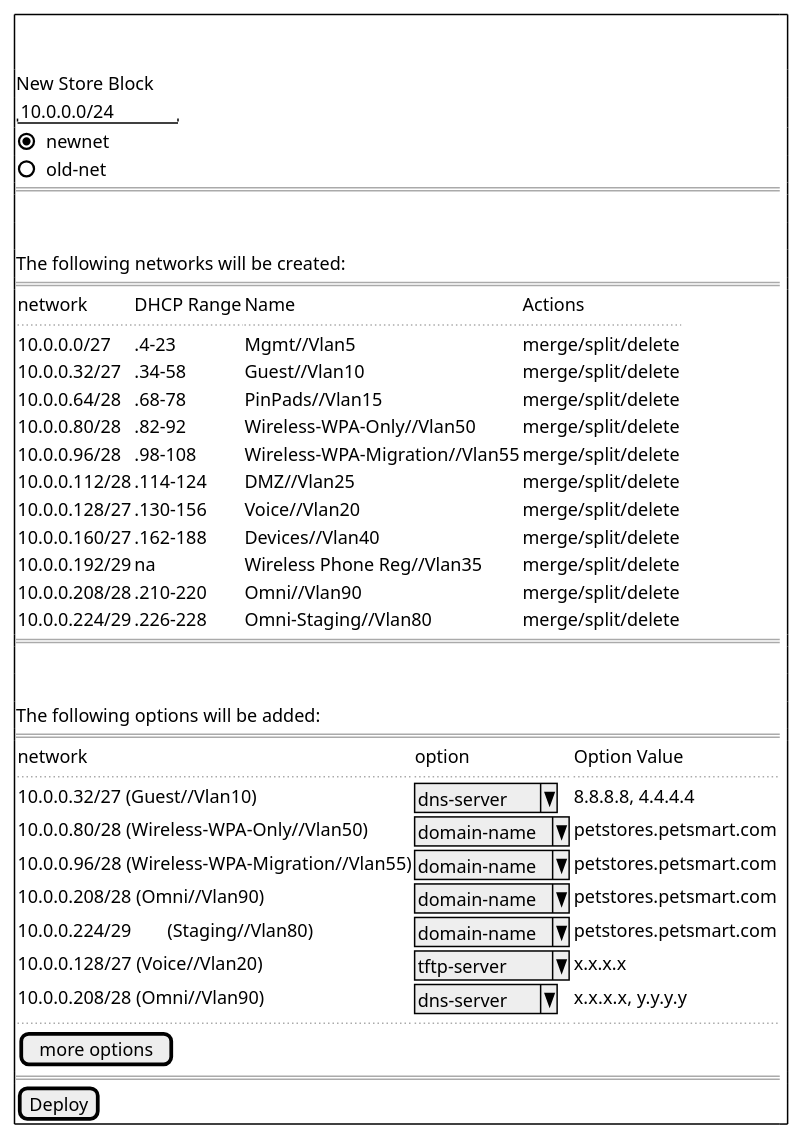
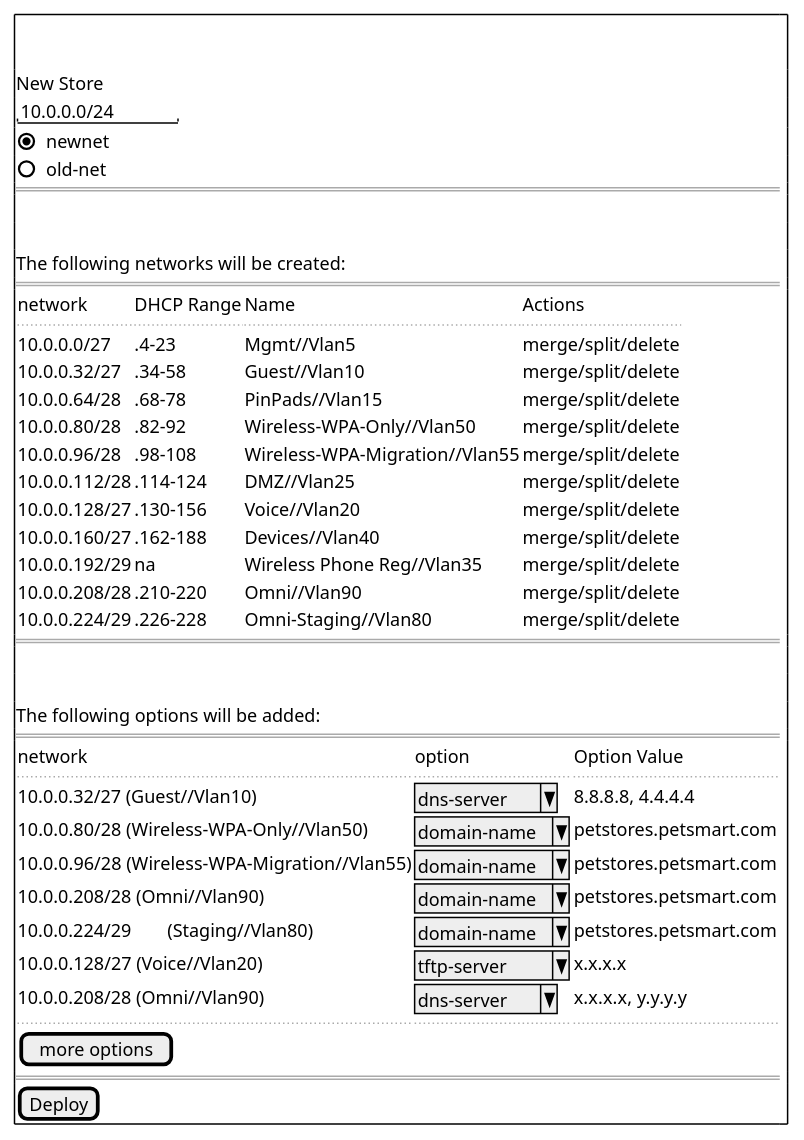
The diagram in README.md (noeltimothy/flask-apache-setup), drawn with PlantUML before and after one commit. The commit also changed other lines of this file, not shown here.

````diff
--- a/README.md
+++ b/README.md
@@ -24,54 +24,54 @@
 ```plantuml
 @startuml
 salt
 {+
   .
   .
-  New Store Block | . 
+  New Store | . 
   " 10.0.0.0/24 " | .
   (X) newnet 
   () old-net
   ==
   .
   .
   The following networks will be created:
   ==
   {
   
   network       | DHCP Range  | Name | Actions
   .. | .. | .. | ..
   10.0.0.0/27   |  .4-23	  |	Mgmt//Vlan5 | merge/split/delete		
 	10.0.0.32/27  |  .34-58		|Guest//Vlan10	| merge/split/delete	
 	10.0.0.64/28  |	 .68-78		|PinPads//Vlan15		| merge/split/delete
 	10.0.0.80/28  |  .82-92		|Wireless-WPA-Only//Vlan50		| merge/split/delete
 	10.0.0.96/28  |  .98-108	| Wireless-WPA-Migration//Vlan55	| merge/split/delete
 	10.0.0.112/28 |	 .114-124	| DMZ//Vlan25		| merge/split/delete
 	10.0.0.128/27 |	 .130-156	| Voice//Vlan20		| merge/split/delete
 	10.0.0.160/27 |	 .162-188	| Devices//Vlan40	| merge/split/delete
 	10.0.0.192/29 |		na      | Wireless Phone Reg//Vlan35	| merge/split/delete
 	10.0.0.208/28 |	 .210-220	| Omni//Vlan90		| merge/split/delete
 	10.0.0.224/29	|	 .226-228	| Omni-Staging//Vlan80 | merge/split/delete
   }
   ==
   .
   .
   The following options will be added:
   ==
   {
     network | option | Option Value
     .. | .. | ..
     10.0.0.32/27 (Guest//Vlan10) | ^dns-server^ | 8.8.8.8, 4.4.4.4
     10.0.0.80/28 (Wireless-WPA-Only//Vlan50)	| ^domain-name^ | petstores.petsmart.com	
 	  10.0.0.96/28 (Wireless-WPA-Migration//Vlan55) | ^domain-name^ | petstores.petsmart.com
 	  10.0.0.208/28 (Omni//Vlan90) | ^domain-name^ | petstores.petsmart.com
 	  10.0.0.224/29	(Staging//Vlan80)	| ^domain-name^ | petstores.petsmart.com
     10.0.0.128/27 (Voice//Vlan20) | ^tftp-server^ | x.x.x.x	
     10.0.0.208/28 (Omni//Vlan90) | ^dns-server^ | x.x.x.x, y.y.y.y
     .. | .. | ..
     [more options]
   }
   ==
   
   [Deploy]
 }@enduml
 ```
````
